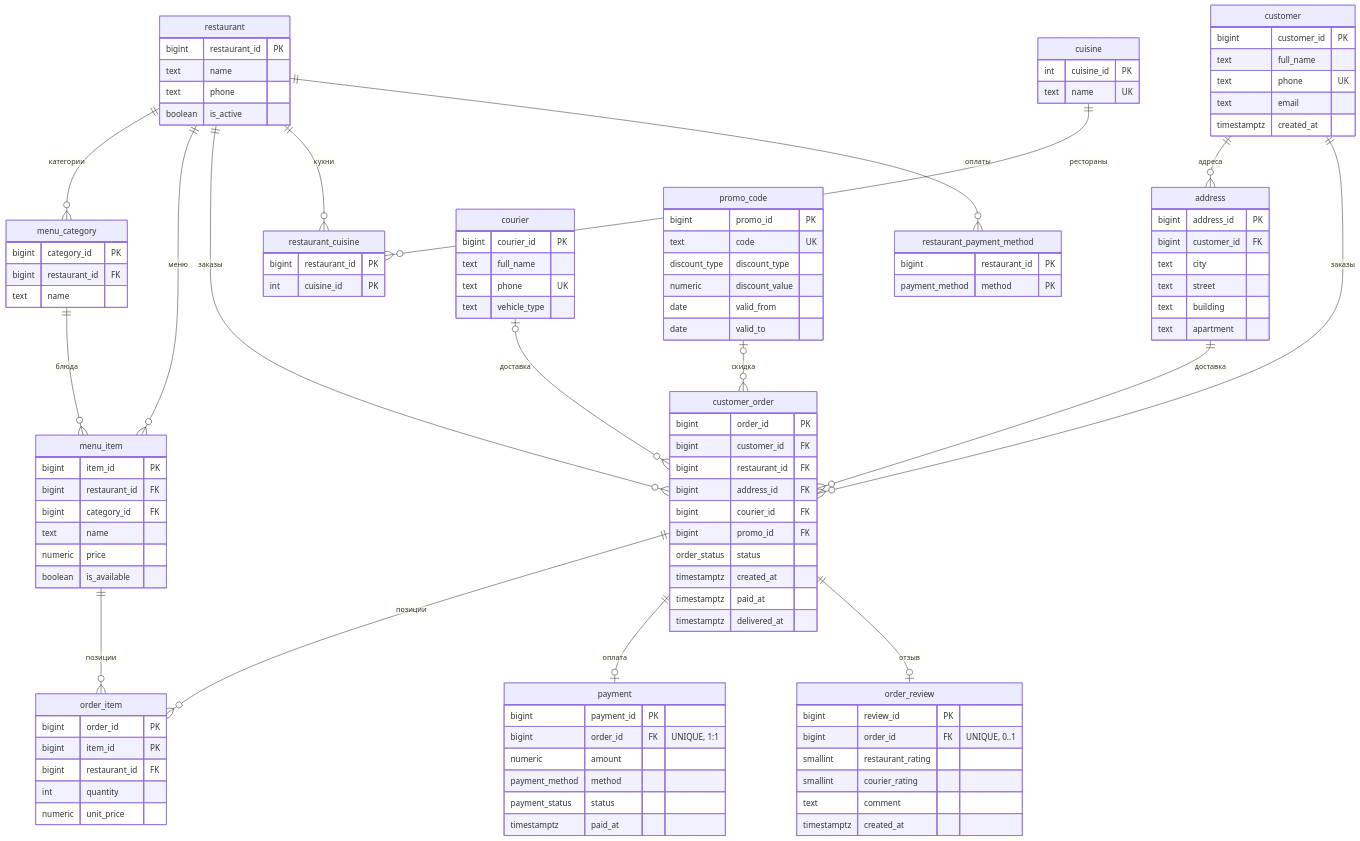
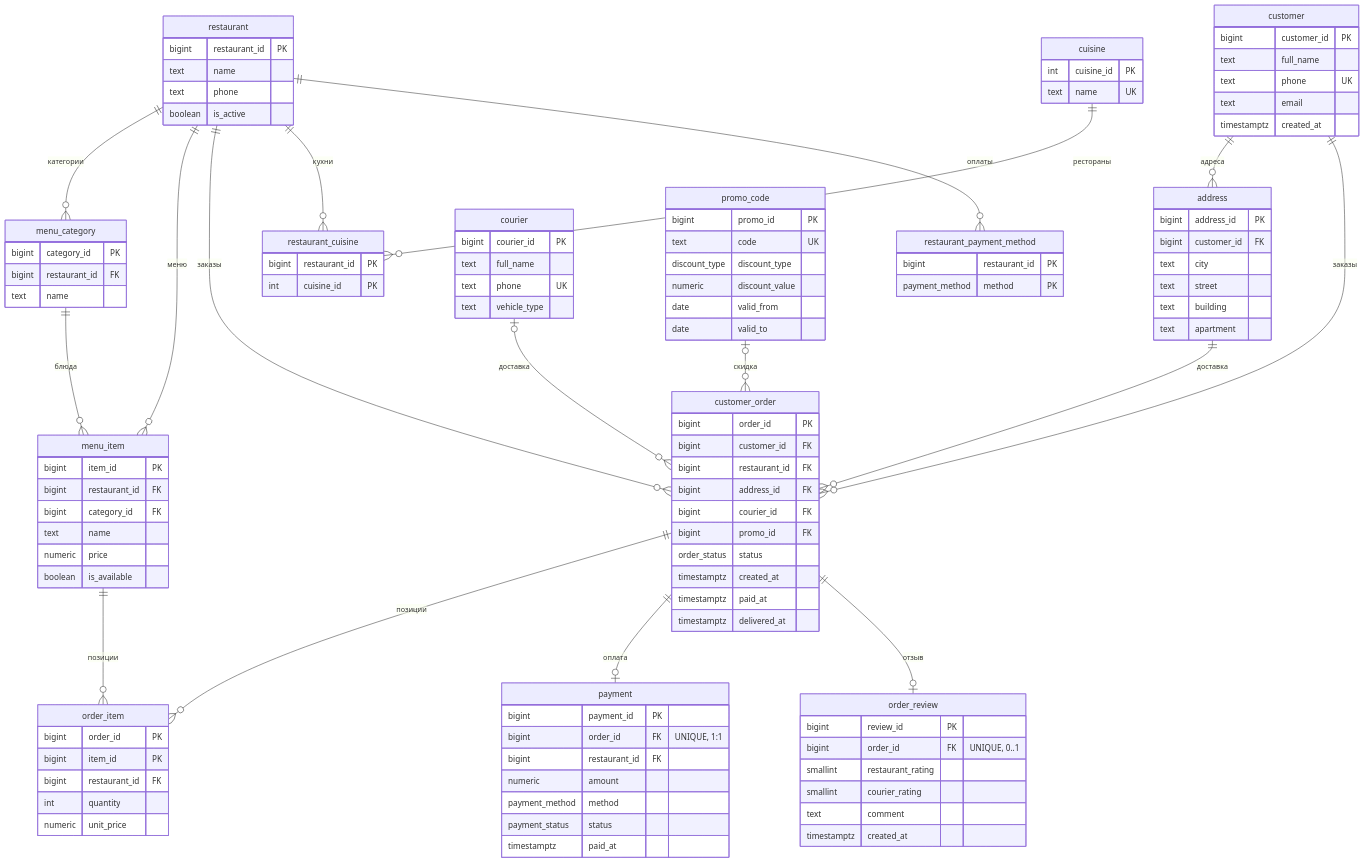
One commit to kapsul386/hse-bd changed the diagram in db_project/Итоговый документ.md. Above: the diagram before and after it, drawn with Mermaid. The commit also changed other lines of this file and 10 other files, not shown here.

```diff
--- a/db_project/Итоговый документ.md
+++ b/db_project/Итоговый документ.md
@@ -205,12 +212,13 @@
         int quantity
         numeric unit_price
     }
-    payment {
-        bigint payment_id PK
-        bigint order_id FK "UNIQUE, 1:1"
-        numeric amount
-        payment_method method
-        payment_status status
+	payment {
+	    bigint payment_id PK
+	    bigint order_id FK "UNIQUE, 1:1"
+	    bigint restaurant_id FK
+	    numeric amount
+	    payment_method method
+	    payment_status status
         timestamptz paid_at
     }
     order_review {
```
